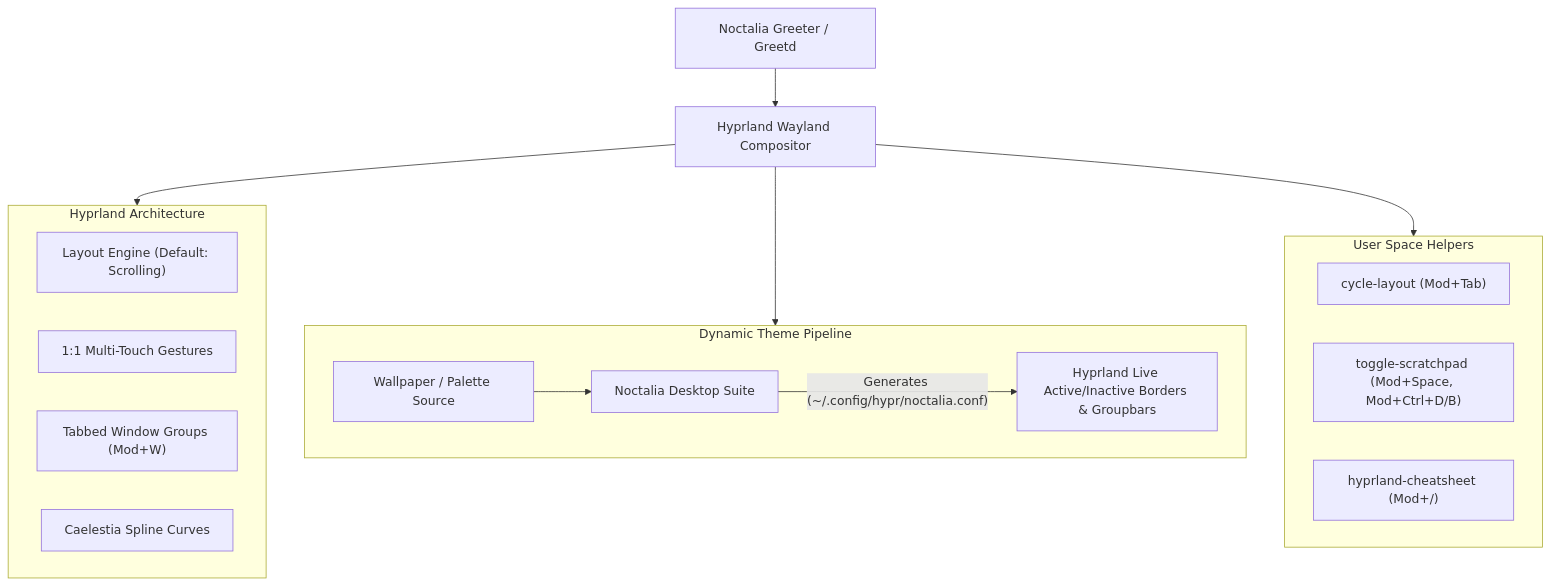
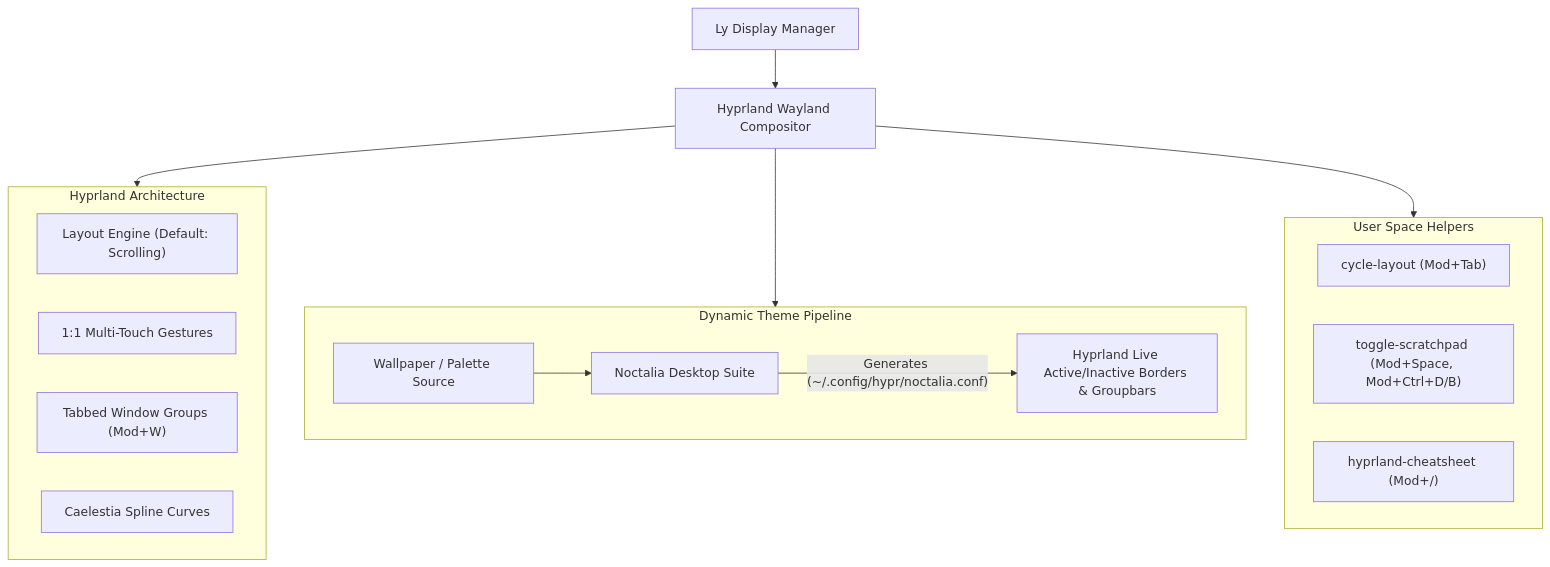
One commit to rebizzz/nixos changed the diagram in docs/hyprland.md. Above: the diagram before and after it, drawn with Mermaid. The commit also changed 5 other files, not shown here.

````diff
--- a/docs/hyprland.md
+++ b/docs/hyprland.md
@@ -11,26 +11,26 @@
 ```mermaid
 flowchart TD
-    DisplayManager["Noctalia Greeter / Greetd"] --> Hyprland["Hyprland Wayland Compositor"]
+    DisplayManager["Ly Display Manager"] --> Hyprland["Hyprland Wayland Compositor"]
 
     subgraph Core ["Hyprland Architecture"]
         Layout["Layout Engine (Default: Scrolling)"]
         Gestures["1:1 Multi-Touch Gestures"]
         Grouping["Tabbed Window Groups (Mod+W)"]
         Animations["Caelestia Spline Curves"]
     end
 
     subgraph ThemeIntegration ["Dynamic Theme Pipeline"]
         Wallpaper["Wallpaper / Palette Source"] --> Noctalia["Noctalia Desktop Suite"]
         Noctalia -->|"Generates (~/.config/hypr/noctalia.conf)"| Colors["Hyprland Live Active/Inactive Borders & Groupbars"]
     end
 
     subgraph Helpers ["User Space Helpers"]
         CycleLayout["cycle-layout (Mod+Tab)"]
         ToggleScratchpad["toggle-scratchpad (Mod+Space, Mod+Ctrl+D/B)"]
         Cheatsheet["hyprland-cheatsheet (Mod+/)"]
     end
 
     Hyprland --> Core
     Hyprland --> ThemeIntegration
     Hyprland --> Helpers
 ```
````
